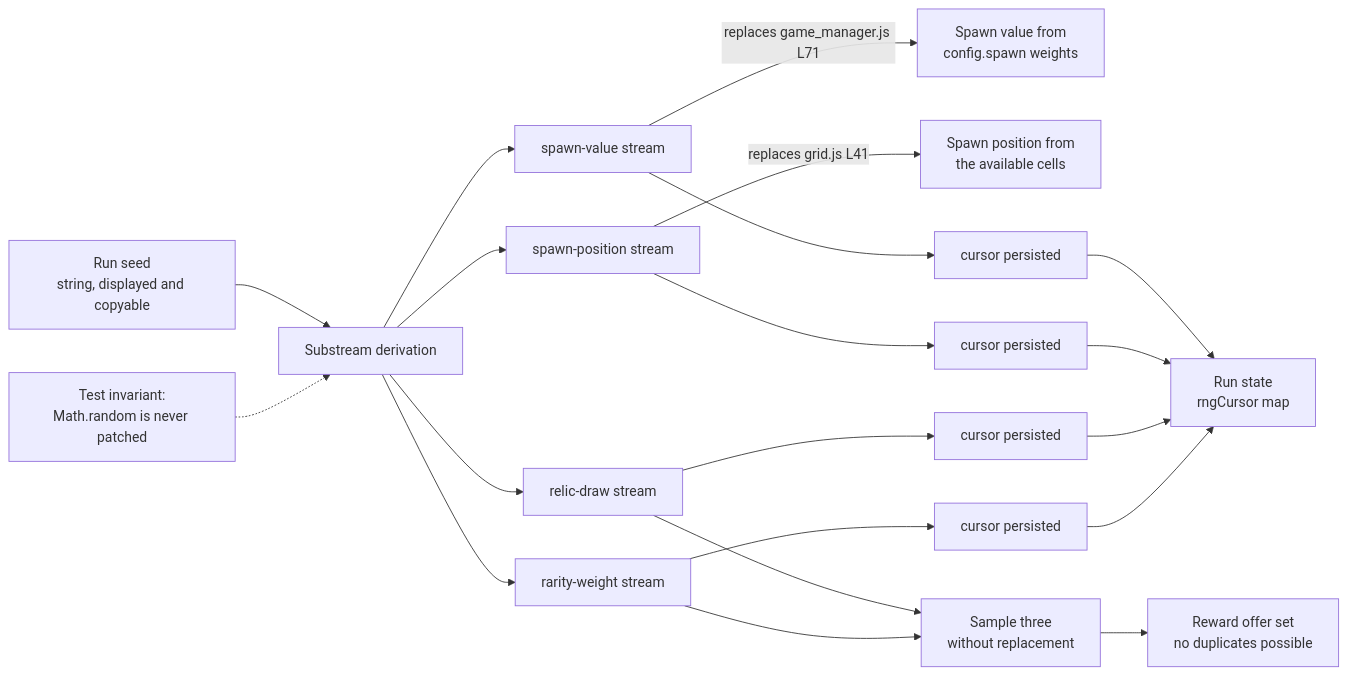
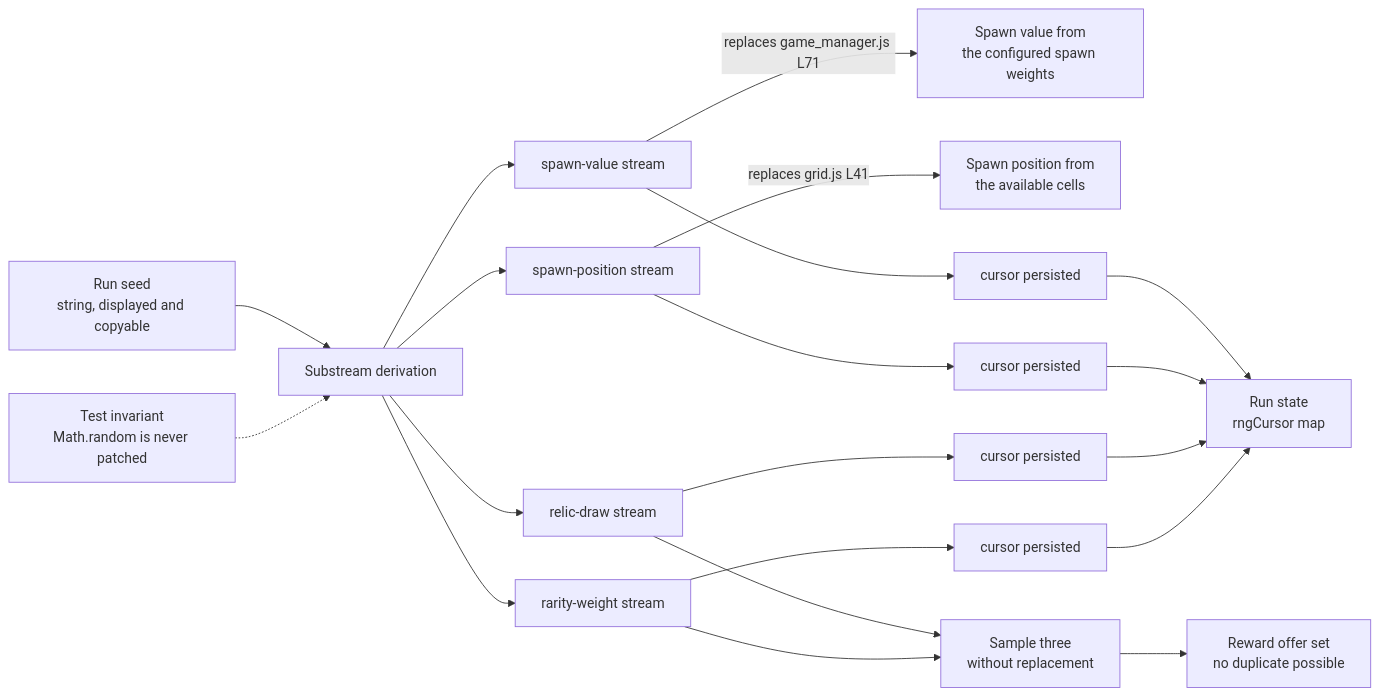
Before and after one commit to blitzy-public-samples/2048: the second of 2 diagrams in docs/architecture/data-flow.md, drawn with Mermaid. The commit also changed other lines of this file and 6 other files, not shown here.

First line of the commit message:
Publish the turn, determinism and screen-flow architecture figures

````diff
--- a/docs/architecture/data-flow.md
+++ b/docs/architecture/data-flow.md
@@ -88,23 +175,23 @@
 ```mermaid
 graph LR
-    SEED["Run seed<br/>string, displayed and copyable"]
-    SEED --> DERIVE["Substream derivation"]
-    DERIVE --> S1["spawn-value stream"]
-    DERIVE --> S2["spawn-position stream"]
-    DERIVE --> S3["relic-draw stream"]
-    DERIVE --> S4["rarity-weight stream"]
-    S1 -->|"replaces game_manager.js L71"| SPAWNV["Spawn value from<br/>config.spawn weights"]
-    S2 -->|"replaces grid.js L41"| SPAWNP["Spawn position from<br/>the available cells"]
-    S3 --> DRAW["Sample three<br/>without replacement"]
-    S4 --> DRAW
-    DRAW --> OFFER["Reward offer set<br/>no duplicates possible"]
-    S1 --> C1["cursor persisted"]
-    S2 --> C2["cursor persisted"]
-    S3 --> C3["cursor persisted"]
-    S4 --> C4["cursor persisted"]
-    C1 --> RS["Run state<br/>rngCursor map"]
-    C2 --> RS
-    C3 --> RS
-    C4 --> RS
-    GUARD["Test invariant:<br/>Math.random is never patched"] -.-> DERIVE
+  SEED["Run seed<br/>string, displayed and copyable"]
+  SEED --> DERIVE["Substream derivation"]
+  DERIVE --> S1["spawn-value stream"]
+  DERIVE --> S2["spawn-position stream"]
+  DERIVE --> S3["relic-draw stream"]
+  DERIVE --> S4["rarity-weight stream"]
+  S1 -->|"replaces game_manager.js L71"| SPAWNV["Spawn value from<br/>the configured spawn weights"]
+  S2 -->|"replaces grid.js L41"| SPAWNP["Spawn position from<br/>the available cells"]
+  S3 --> DRAW["Sample three<br/>without replacement"]
+  S4 --> DRAW
+  DRAW --> OFFER["Reward offer set<br/>no duplicate possible"]
+  S1 --> C1["cursor persisted"]
+  S2 --> C2["cursor persisted"]
+  S3 --> C3["cursor persisted"]
+  S4 --> C4["cursor persisted"]
+  C1 --> RS["Run state<br/>rngCursor map"]
+  C2 --> RS
+  C3 --> RS
+  C4 --> RS
+  GUARD["Test invariant<br/>Math.random is never patched"] -.-> DERIVE
 ```
````
